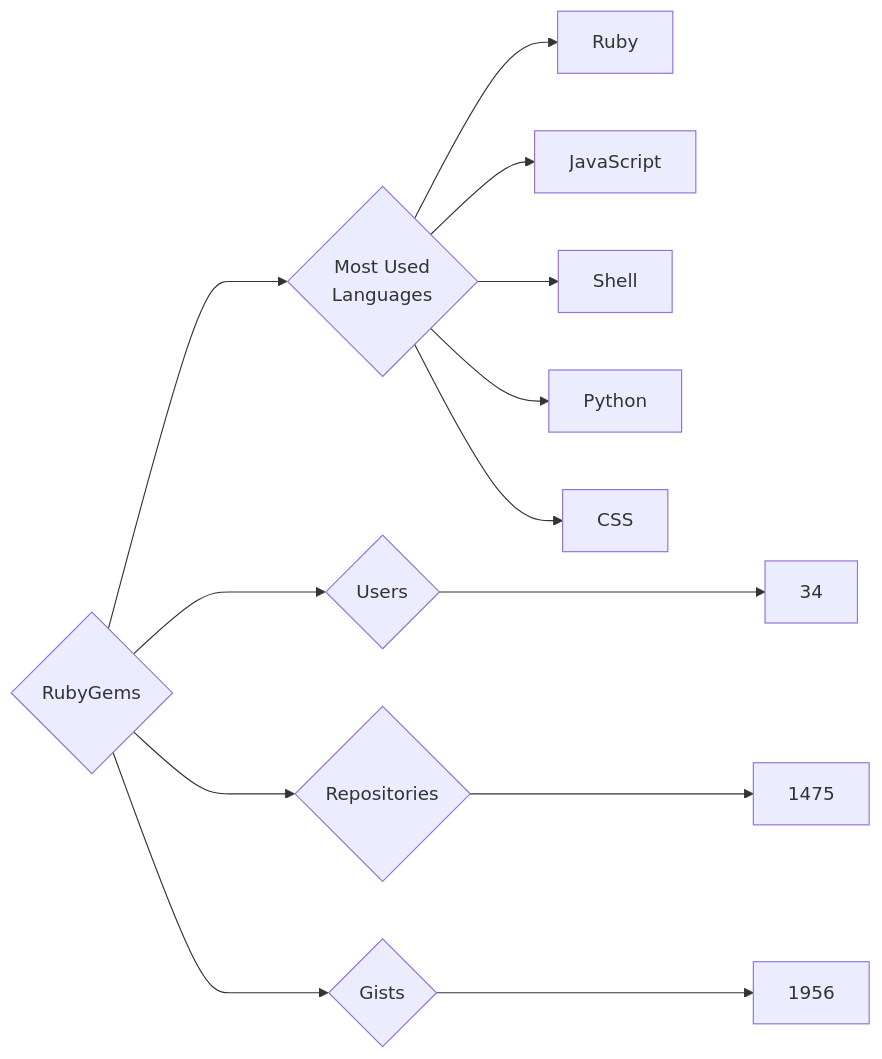
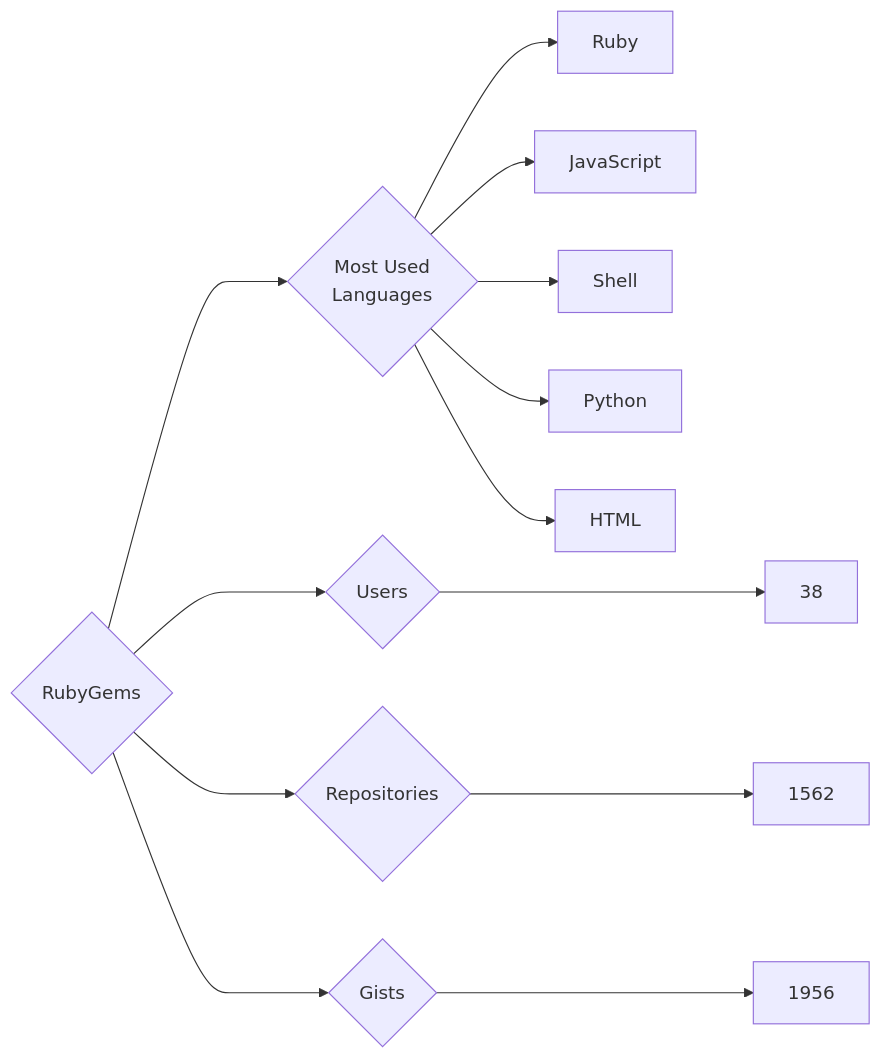
One commit to trickest/insiders changed the diagram in targets/RubyGems/README.md. Above: the diagram before and after it, drawn with Mermaid. The commit also changed 1389 other files, not shown here.

````diff
--- a/targets/RubyGems/README.md
+++ b/targets/RubyGems/README.md
@@ -3,13 +3,13 @@
 ```mermaid
 graph LR
 COMPANY_NAME{RubyGems}
-COMPANY_NAME ---> U{Users} ---> UN[34]
-COMPANY_NAME ---> R{Repositories} ---> RN[1475]
+COMPANY_NAME ---> U{Users} ---> UN[38]
+COMPANY_NAME ---> R{Repositories} ---> RN[1562]
 COMPANY_NAME ---> G{Gists} ---> GN[1956]
 COMPANY_NAME ---> ML{Most Used<br>Languages}
 ML --> Ruby[Ruby]
 ML --> JavaScript[JavaScript]
 ML --> Shell[Shell]
 ML --> Python[Python]
-ML --> CSS[CSS]
+ML --> HTML[HTML]
 ```
````
